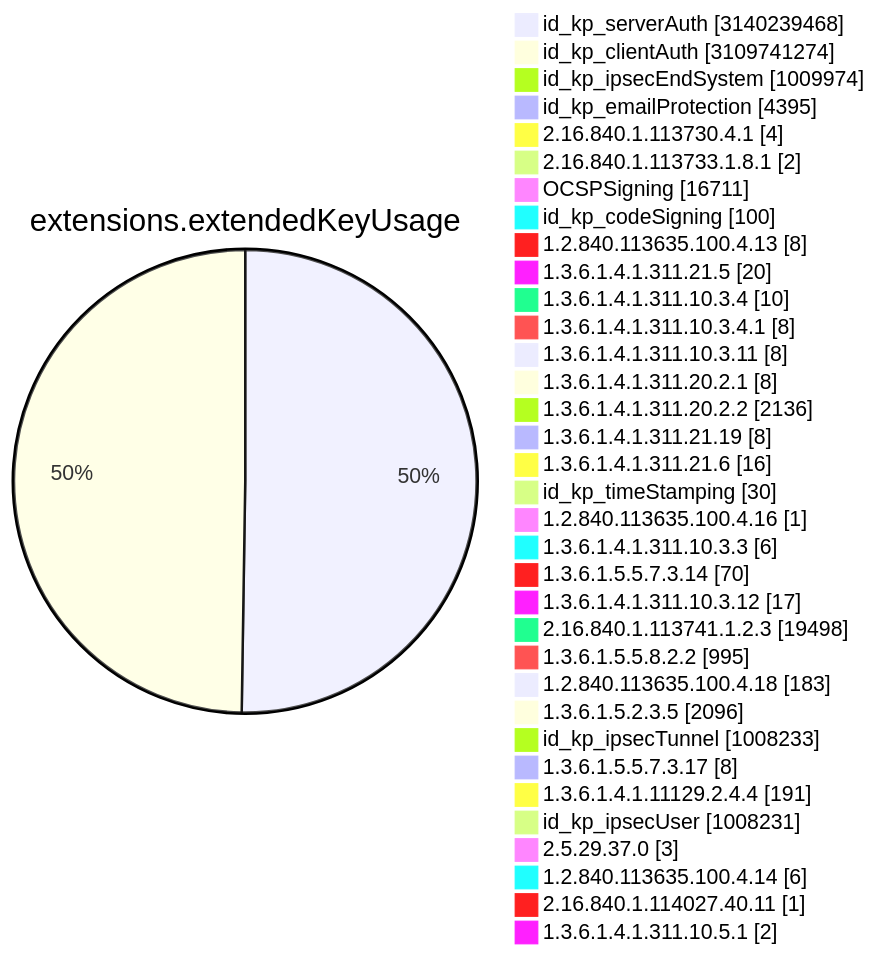
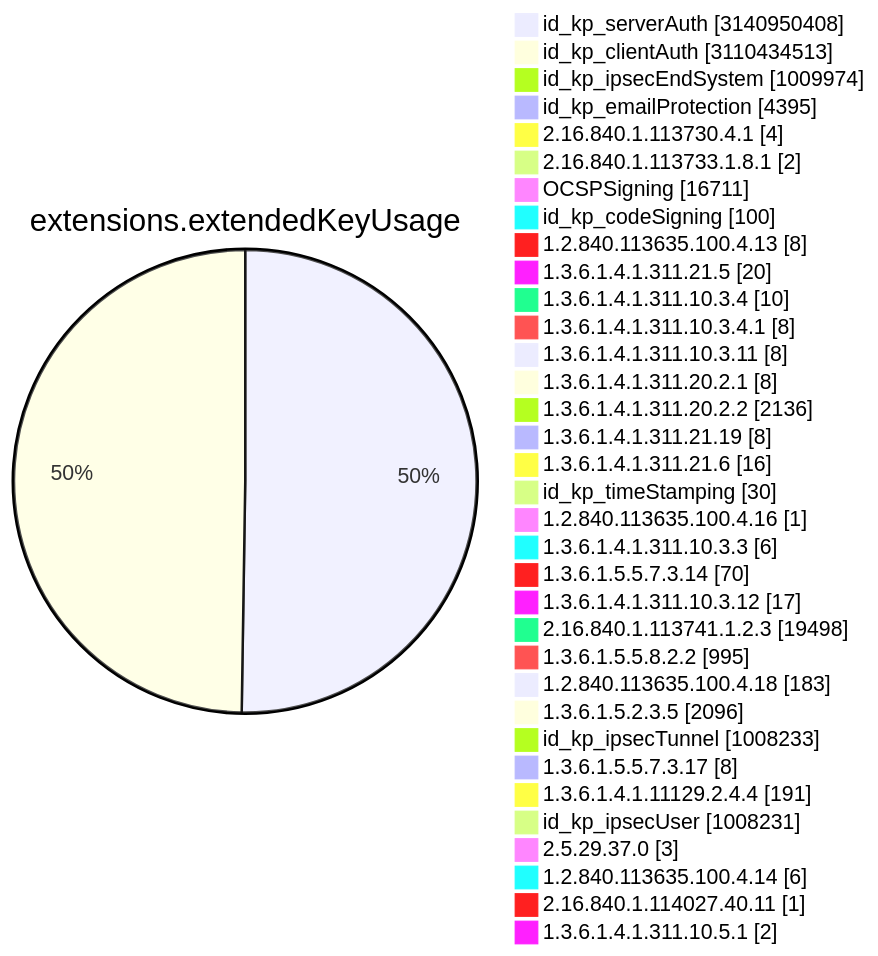
One commit to christiankrug/ctmonitor_visualization changed diagram 11 of 15 in TOTAL/README.md. Above: the diagram before and after it, drawn with Mermaid. The commit also changed other lines of this file, not shown here.

````diff
--- a/TOTAL/README.md
+++ b/TOTAL/README.md
@@ -4119,38 +4119,38 @@
 ```mermaid
 pie showData
 title extensions.extendedKeyUsage
-"id_kp_serverAuth" :3140239468
-"id_kp_clientAuth" :3109741274
+"id_kp_serverAuth" :3140950408
+"id_kp_clientAuth" :3110434513
 "id_kp_ipsecEndSystem" :1009974
 "id_kp_emailProtection" :4395
 "2.16.840.1.113730.4.1" :4
 "2.16.840.1.113733.1.8.1" :2
 "OCSPSigning" :16711
 "id_kp_codeSigning" :100
 "1.2.840.113635.100.4.13" :8
 "1.3.6.1.4.1.311.21.5" :20
 "1.3.6.1.4.1.311.10.3.4" :10
 "1.3.6.1.4.1.311.10.3.4.1" :8
 "1.3.6.1.4.1.311.10.3.11" :8
 "1.3.6.1.4.1.311.20.2.1" :8
 "1.3.6.1.4.1.311.20.2.2" :2136
 "1.3.6.1.4.1.311.21.19" :8
 "1.3.6.1.4.1.311.21.6" :16
 "id_kp_timeStamping" :30
 "1.2.840.113635.100.4.16" :1
 "1.3.6.1.4.1.311.10.3.3" :6
 "1.3.6.1.5.5.7.3.14" :70
 "1.3.6.1.4.1.311.10.3.12" :17
 "2.16.840.1.113741.1.2.3" :19498
 "1.3.6.1.5.5.8.2.2" :995
 "1.2.840.113635.100.4.18" :183
 "1.3.6.1.5.2.3.5" :2096
 "id_kp_ipsecTunnel" :1008233
 "1.3.6.1.5.5.7.3.17" :8
 "1.3.6.1.4.1.11129.2.4.4" :191
 "id_kp_ipsecUser" :1008231
 "2.5.29.37.0" :3
 "1.2.840.113635.100.4.14" :6
 "2.16.840.1.114027.40.11" :1
 "1.3.6.1.4.1.311.10.5.1" :2
 ```
````
